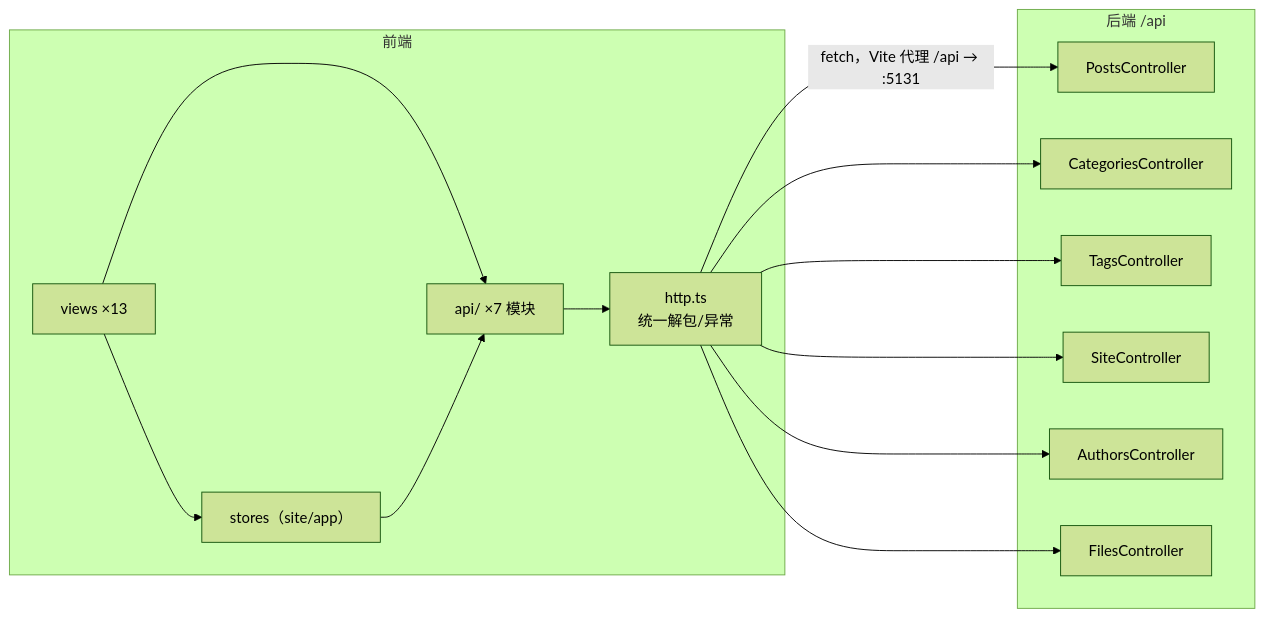
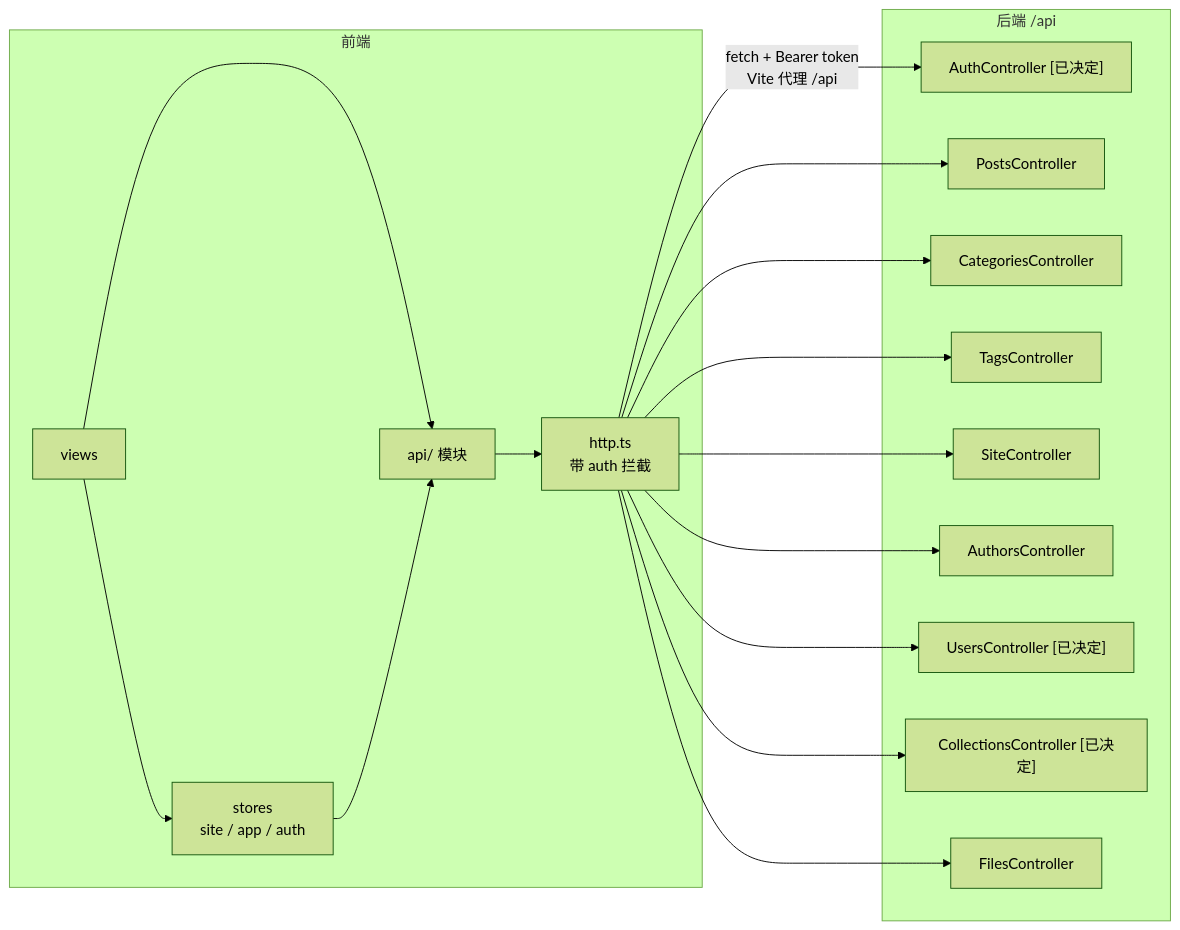
Before and after one commit to whyitsy/blog-CI-CD: the third of 4 diagrams in docs/frontend.md, drawn with Mermaid (forest theme). The commit also changed other lines of this file and 12 other files, not shown here.

````diff
--- a/docs/frontend.md
+++ b/docs/frontend.md
@@ -373,27 +549,33 @@
 ```mermaid
 flowchart LR
   subgraph FE["前端"]
-    V["views ×13"]
-    A["api/ ×7 模块"]
-    H["http.ts<br/>统一解包/异常"]
-    S["stores（site/app）"]
+    V["views"]
+    A["api/ 模块"]
+    H["http.ts<br/>带 auth 拦截"]
+    ST["stores<br/>site / app / auth"]
   end
   subgraph BE["后端 /api"]
+    AC["AuthController [已决定]"]
     PC["PostsController"]
     CC["CategoriesController"]
     TC["TagsController"]
     SC["SiteController"]
-    AC["AuthorsController"]
+    AUC["AuthorsController"]
+    UC["UsersController [已决定]"]
+    COC["CollectionsController [已决定]"]
     FC["FilesController"]
   end
 
   V --> A --> H
-  V --> S
-  S --> A
-  H -->|"fetch，Vite 代理 /api → :5131"| PC
+  V --> ST
+  ST --> A
+  H -->|"fetch + Bearer token<br/>Vite 代理 /api"| AC
+  H --> PC
   H --> CC
   H --> TC
   H --> SC
-  H --> AC
+  H --> AUC
+  H --> UC
+  H --> COC
   H --> FC
 ```
````
